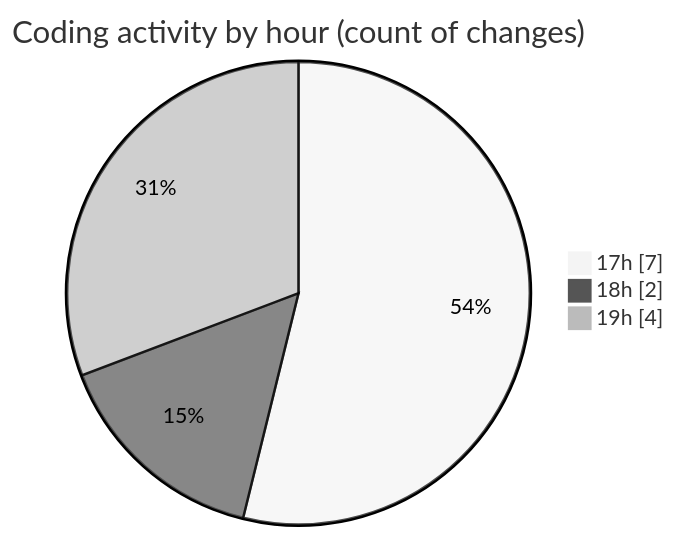
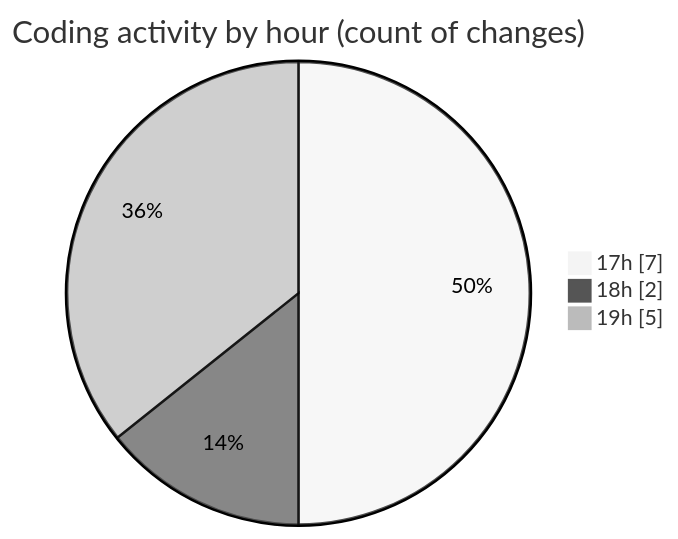
The second of 2 diagrams in 2025-01-12/myws__workspace_/README.md (MatusMokan/code-tracking), drawn with Mermaid (neutral theme) before and after one commit. The commit also changed other lines of this file and 1 other file, not shown here.

````diff
--- a/2025-01-12/myws__workspace_/README.md
+++ b/2025-01-12/myws__workspace_/README.md
@@ -29,7 +29,7 @@
 ```mermaid
 pie showData
 title Coding activity by hour (count of changes)
 "17h" : 7
 "18h" : 2
-"19h" : 4
+"19h" : 5
 ```
````
